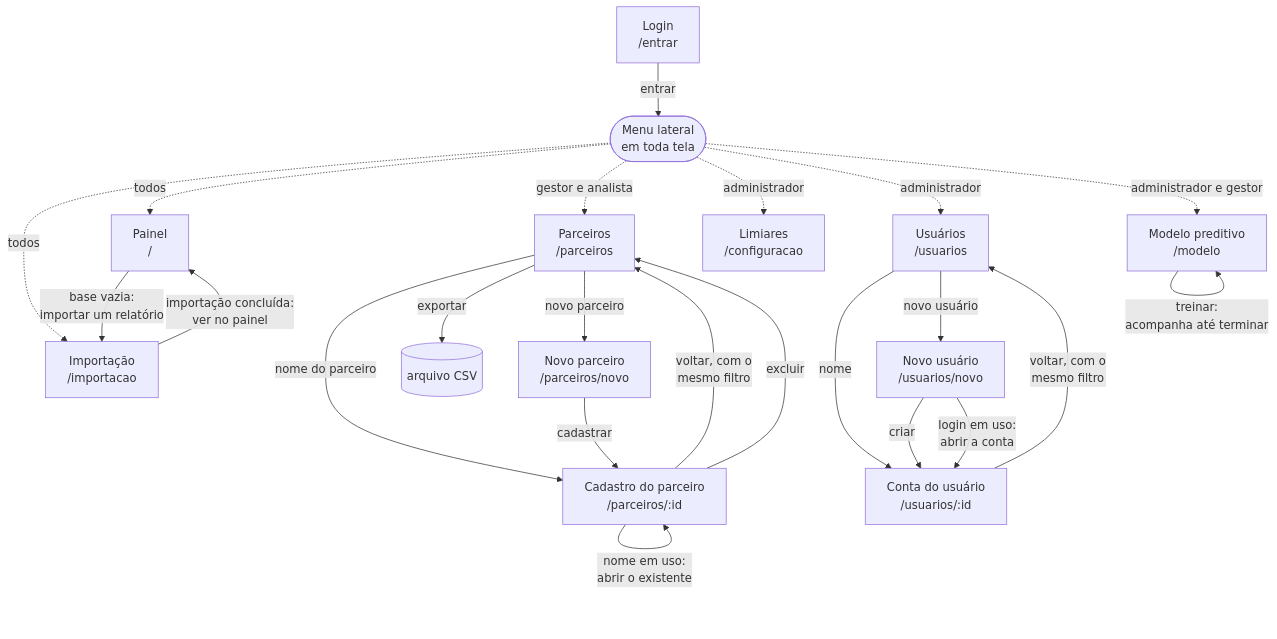
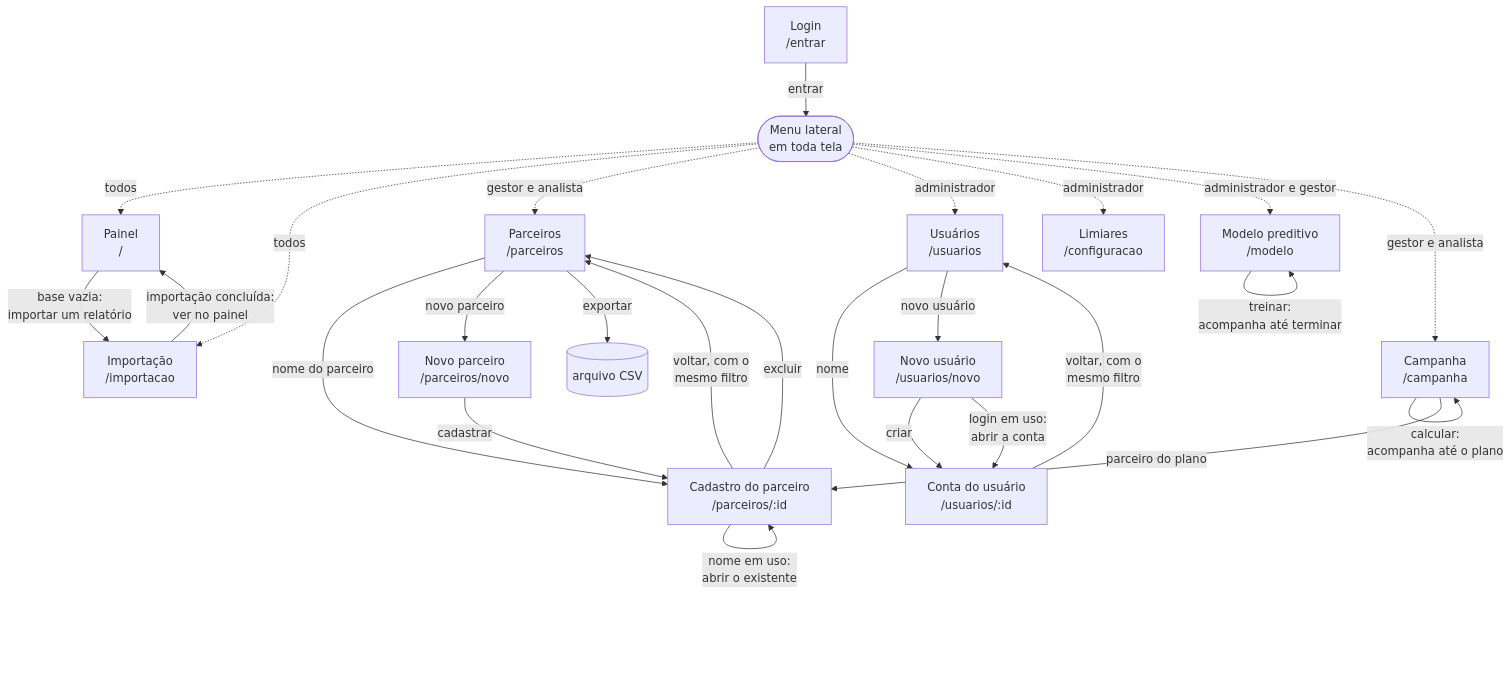
One commit to PedroMiranda243/gih-fabrica-de-software changed the diagram in docs/09-sistema-visual.md. Above: the diagram before and after it, drawn with Mermaid. The commit also changed other lines of this file and 5 other files, not shown here.

````diff
--- a/docs/09-sistema-visual.md
+++ b/docs/09-sistema-visual.md
@@ -193,39 +193,43 @@
 ```mermaid
 flowchart TD
     Login["Login<br/>/entrar"]
     Menu(["Menu lateral<br/>em toda tela"])
     Painel["Painel<br/>/"]
     Importacao["Importação<br/>/importacao"]
     Parceiros["Parceiros<br/>/parceiros"]
     Novo["Novo parceiro<br/>/parceiros/novo"]
     Cadastro["Cadastro do parceiro<br/>/parceiros/:id"]
     CSV[("arquivo CSV")]
     Usuarios["Usuários<br/>/usuarios"]
     NovoUsuario["Novo usuário<br/>/usuarios/novo"]
     Conta["Conta do usuário<br/>/usuarios/:id"]
     Configuracao["Limiares<br/>/configuracao"]
     Modelo["Modelo preditivo<br/>/modelo"]
+    Campanha["Campanha<br/>/campanha"]
 
     Login -- "entrar" --> Menu
     Menu -. "todos" .-> Painel
     Menu -. "todos" .-> Importacao
     Menu -. "gestor e analista" .-> Parceiros
     Menu -. "administrador" .-> Usuarios
     Menu -. "administrador" .-> Configuracao
     Menu -. "administrador e gestor" .-> Modelo
+    Menu -. "gestor e analista" .-> Campanha
     Painel -- "base vazia:<br/>importar um relatório" --> Importacao
     Importacao -- "importação concluída:<br/>ver no painel" --> Painel
     Parceiros -- "nome do parceiro" --> Cadastro
     Parceiros -- "novo parceiro" --> Novo
     Parceiros -- "exportar" --> CSV
     Novo -- "cadastrar" --> Cadastro
     Cadastro -- "nome em uso:<br/>abrir o existente" --> Cadastro
     Cadastro -- "voltar, com o<br/>mesmo filtro" --> Parceiros
     Cadastro -- "excluir" --> Parceiros
     Usuarios -- "nome" --> Conta
     Usuarios -- "novo usuário" --> NovoUsuario
     NovoUsuario -- "criar" --> Conta
     NovoUsuario -- "login em uso:<br/>abrir a conta" --> Conta
     Conta -- "voltar, com o<br/>mesmo filtro" --> Usuarios
     Modelo -- "treinar:<br/>acompanha até terminar" --> Modelo
+    Campanha -- "calcular:<br/>acompanha até o plano" --> Campanha
+    Campanha -- "parceiro do plano" --> Cadastro
 ```
````
